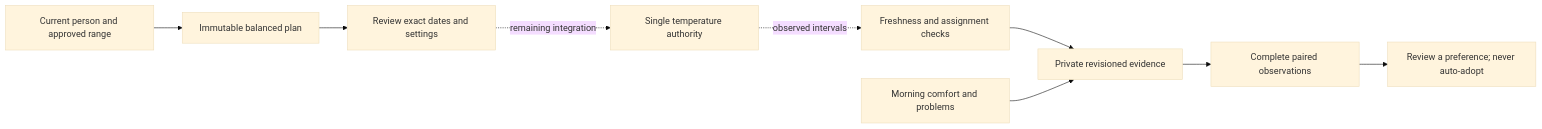
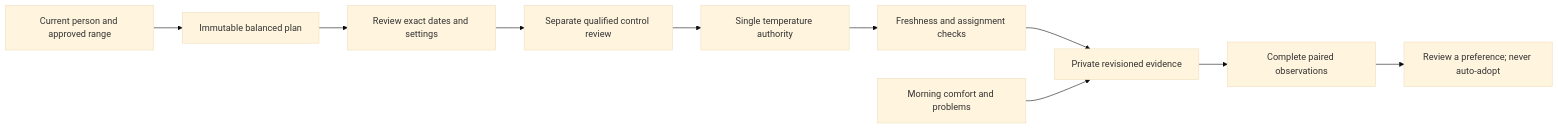
Before and after one commit to sleepypod/core: the first of 2 diagrams in docs/COMFORT_EXPERIMENTS.md, drawn with Mermaid (base theme). The commit also changed other lines of this file and 12 other files, not shown here.

````diff
--- a/docs/COMFORT_EXPERIMENTS.md
+++ b/docs/COMFORT_EXPERIMENTS.md
@@ -12,11 +11,12 @@
 ```mermaid
 flowchart LR
     Settings[Current person and approved range] --> Plan[Immutable balanced plan]
     Plan --> Review[Review exact dates and settings]
-    Review -. remaining integration .-> Authority[Single temperature authority]
-    Authority -. observed intervals .-> Collector[Freshness and assignment checks]
+    Review --> Admission[Separate qualified control review]
+    Admission --> Authority[Single temperature authority]
+    Authority --> Collector[Freshness and assignment checks]
     Collector --> Record[Private revisioned evidence]
     Feedback[Morning comfort and problems] --> Record
     Record --> Comparison[Complete paired observations]
     Comparison --> Suggestion[Review a preference; never auto-adopt]
 ```
````
